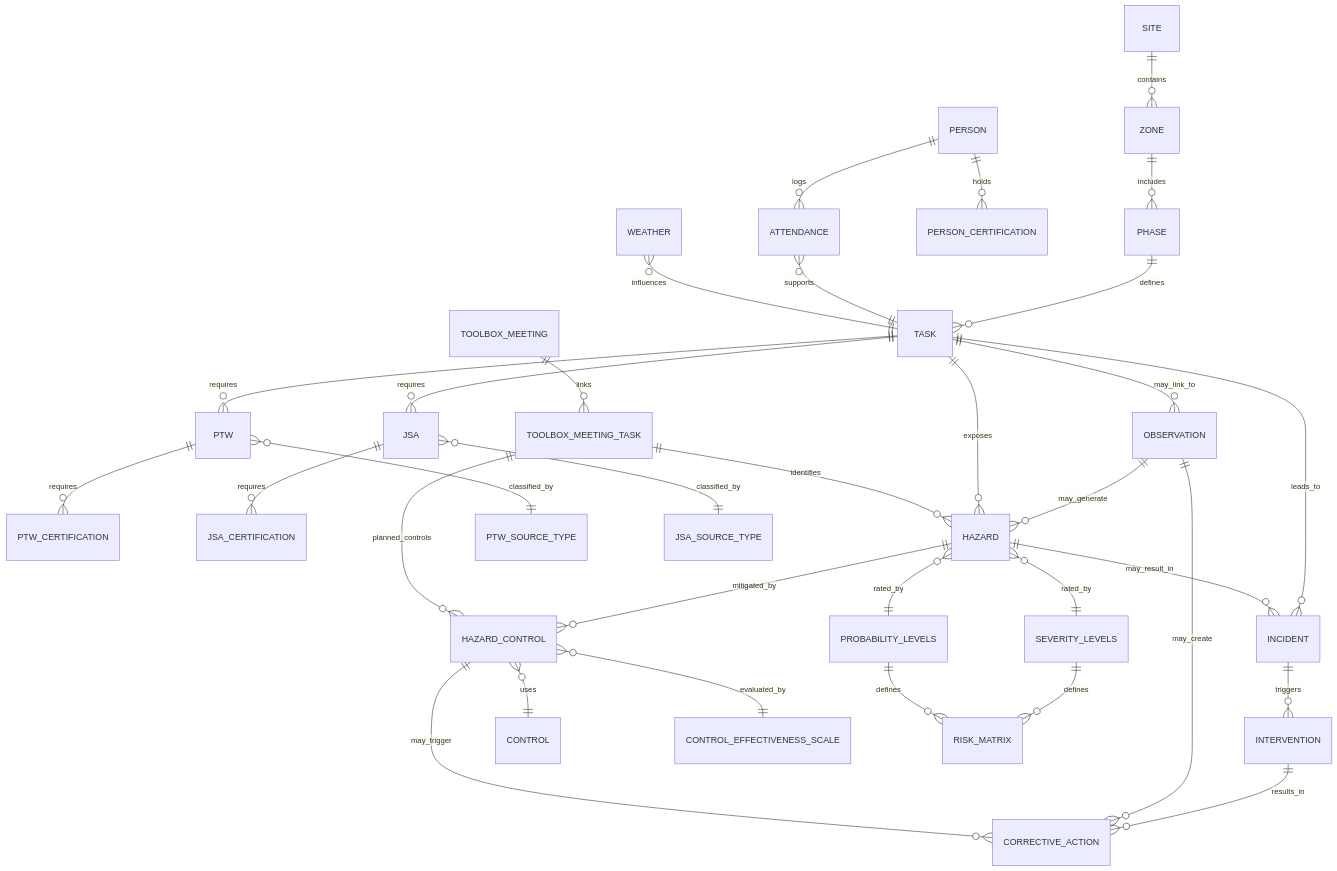
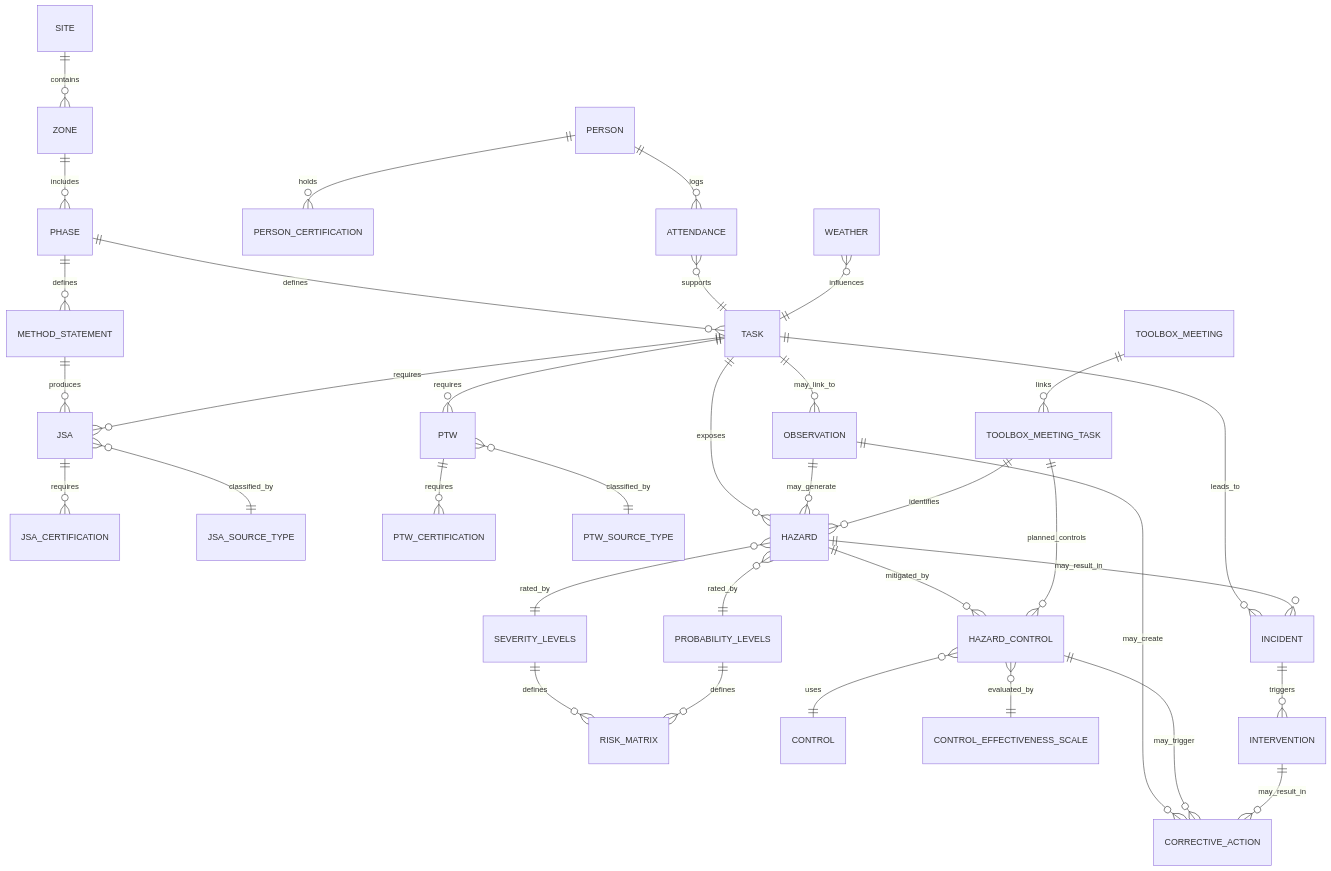
The second of 2 diagrams in README.md (Euchie23/Euchie23), drawn with Mermaid before and after one commit.

````diff
--- a/README.md
+++ b/README.md
@@ -131,49 +131,52 @@
 ```mermaid
 erDiagram
+
+
     SITE ||--o{ ZONE : contains
     ZONE ||--o{ PHASE : includes
     PHASE ||--o{ TASK : defines
+    PHASE ||--o{ METHOD_STATEMENT : defines
+    METHOD_STATEMENT ||--o{ JSA : produces
 
-    PERSON ||--o{ ATTENDANCE : logs
-    ATTENDANCE }o--|| TASK : supports
+    JSA ||--o{ JSA_CERTIFICATION : requires
+    JSA }o--|| JSA_SOURCE_TYPE : classified_by
+
+    PTW ||--o{ PTW_CERTIFICATION : requires
+    PTW }o--|| PTW_SOURCE_TYPE : classified_by
+
 
     TASK ||--o{ PTW : requires
     TASK ||--o{ JSA : requires
+    TASK ||--o{ OBSERVATION  : may_link_to
+    TASK ||--o{ HAZARD : exposes
+    TASK ||--o{ INCIDENT : leads_to
 
-    PERSON ||--o{ PERSON_CERTIFICATION : holds
-    PTW ||--o{ PTW_CERTIFICATION : requires
-    JSA ||--o{ JSA_CERTIFICATION : requires
-
-    TASK ||--o{ INCIDENT : leads_to
-    INCIDENT ||--o{ INTERVENTION : triggers
-    INTERVENTION ||--o{ CORRECTIVE_ACTION : results_in
-
-    TASK ||--o{ OBSERVATION  : may_link_to
     OBSERVATION ||--o{ HAZARD : may_generate
     OBSERVATION ||--o{ CORRECTIVE_ACTION : may_create
 
-    TASK ||--o{ HAZARD : exposes
     HAZARD ||--o{ HAZARD_CONTROL : mitigated_by
+    HAZARD }o--|| SEVERITY_LEVELS : rated_by
+    SEVERITY_LEVELS ||--o{ RISK_MATRIX : defines
+    HAZARD }o--|| PROBABILITY_LEVELS : rated_by
+    PROBABILITY_LEVELS ||--o{ RISK_MATRIX : defines
+    HAZARD ||--o{ INCIDENT : may_result_in
+
     HAZARD_CONTROL }o--|| CONTROL : uses
     HAZARD_CONTROL }o--|| CONTROL_EFFECTIVENESS_SCALE : evaluated_by
+    HAZARD_CONTROL ||--o{ CORRECTIVE_ACTION : may_trigger
 
-    HAZARD }o--|| SEVERITY_LEVELS : rated_by
-    HAZARD }o--|| PROBABILITY_LEVELS : rated_by
-    SEVERITY_LEVELS ||--o{ RISK_MATRIX : defines
-    PROBABILITY_LEVELS ||--o{ RISK_MATRIX : defines
-
-   
-    HAZARD_CONTROL ||--o{ CORRECTIVE_ACTION : may_trigger
-    HAZARD ||--o{ INCIDENT : may_result_in
+    INCIDENT ||--o{ INTERVENTION : triggers
+    INTERVENTION ||--o{ CORRECTIVE_ACTION : may_result_in
 
 
     TOOLBOX_MEETING ||--o{ TOOLBOX_MEETING_TASK : links
     TOOLBOX_MEETING_TASK ||--o{ HAZARD : identifies
     TOOLBOX_MEETING_TASK ||--o{ HAZARD_CONTROL : planned_controls
 
+
+    PERSON ||--o{ PERSON_CERTIFICATION : holds
+    PERSON ||--o{ ATTENDANCE : logs
+    ATTENDANCE }o--|| TASK : supports
+
     WEATHER }o--|| TASK : influences
-
-    PTW }o--|| PTW_SOURCE_TYPE : classified_by
-    JSA }o--|| JSA_SOURCE_TYPE : classified_by
-
 ```
````
